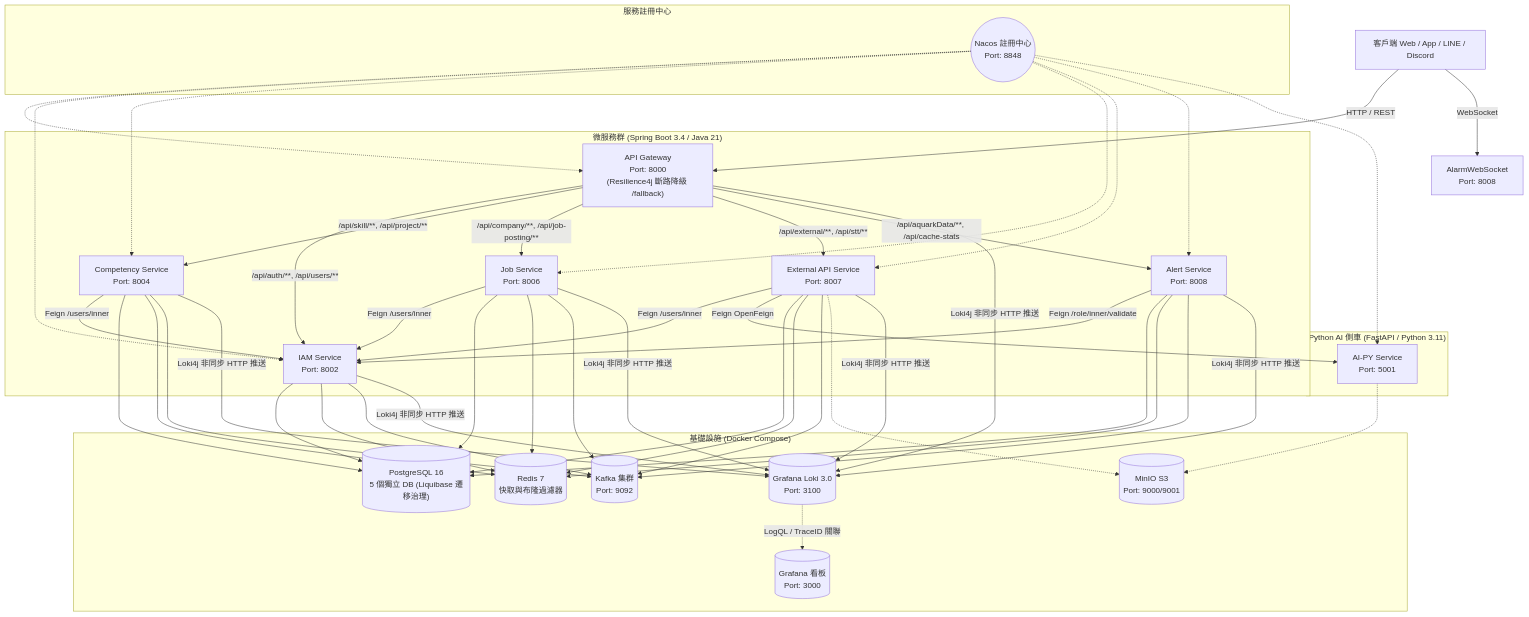
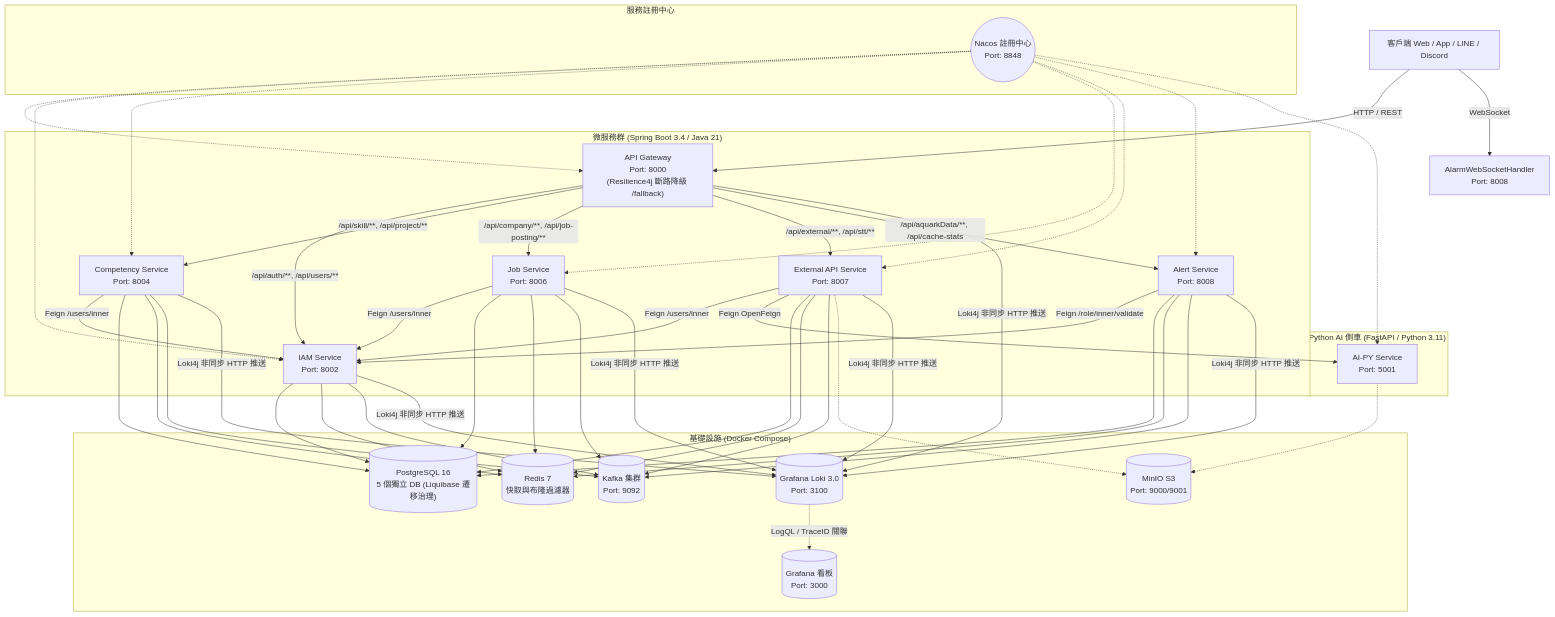
One commit to twinatrick/Backend-Architecture-Lab changed the first of 15 diagrams in README.md. Above: the diagram before and after it, drawn with Mermaid. The commit also changed other lines of this file and 58 other files, not shown here.

````diff
--- a/README.md
+++ b/README.md
@@ -45,46 +45,46 @@
 ```mermaid
 graph TB
     Client["客戶端 Web / App / LINE / Discord"] -->|HTTP / REST| GW["API Gateway<br/>Port: 8000<br/>(Resilience4j 斷路降級 /fallback)"]
-    Client -->|WebSocket| WS["AlarmWebSocket<br/>Port: 8008"]
+    Client -->|WebSocket| WS["AlarmWebSocketHandler<br/>Port: 8008"]
 
     subgraph "服務註冊中心"
         NC(("Nacos 註冊中心<br/>Port: 8848"))
     end
 
     subgraph "微服務群 (Spring Boot 3.4 / Java 21)"
         GW -->|/api/auth/**, /api/users/**| IAM["IAM Service<br/>Port: 8002"]
         GW -->|/api/skill/**, /api/project/**| COMP["Competency Service<br/>Port: 8004"]
         GW -->|/api/company/**, /api/job-posting/**| JOB["Job Service<br/>Port: 8006"]
         GW -->|/api/external/**, /api/stt/**| EXT["External API Service<br/>Port: 8007"]
         GW -->|/api/aquarkData/**, /api/cache-stats| ALT["Alert Service<br/>Port: 8008"]
     end
 
     subgraph "Python AI 側車 (FastAPI / Python 3.11)"
         AIPY["AI-PY Service<br/>Port: 5001"]
     end
 
     NC -.-> GW & IAM & COMP & JOB & EXT & ALT & AIPY
 
     %% 跨服務 Feign 調用
     COMP -->|Feign /users/inner| IAM
     JOB -->|Feign /users/inner| IAM
     EXT -->|Feign /users/inner| IAM
     ALT -->|Feign /role/inner/validate| IAM
     EXT -->|Feign OpenFeign| AIPY
 
     subgraph "基礎設施 (Docker Compose)"
         PG[("PostgreSQL 16<br/>5 個獨立 DB (Liquibase 遷移治理)")]
         RD[("Redis 7<br/>快取與布隆過濾器")]
         KF[("Kafka 集群<br/>Port: 9092")]
         MINIO[("MinIO S3<br/>Port: 9000/9001")]
         LOKI[("Grafana Loki 3.0<br/>Port: 3100")]
         GF[("Grafana 看板<br/>Port: 3000")]
     end
 
     IAM & COMP & JOB & EXT & ALT --> PG
     IAM & COMP & JOB & EXT & ALT --> RD
     IAM & COMP & JOB & EXT & ALT --> KF
     EXT & AIPY -.-> MINIO
     GW & IAM & COMP & JOB & EXT & ALT -->|Loki4j 非同步 HTTP 推送| LOKI
     LOKI -.->|LogQL / TraceID 關聯| GF
 ```
````
